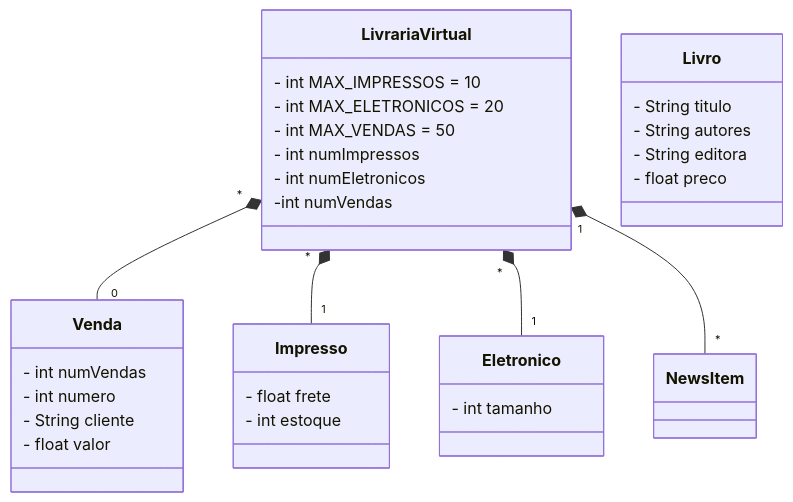
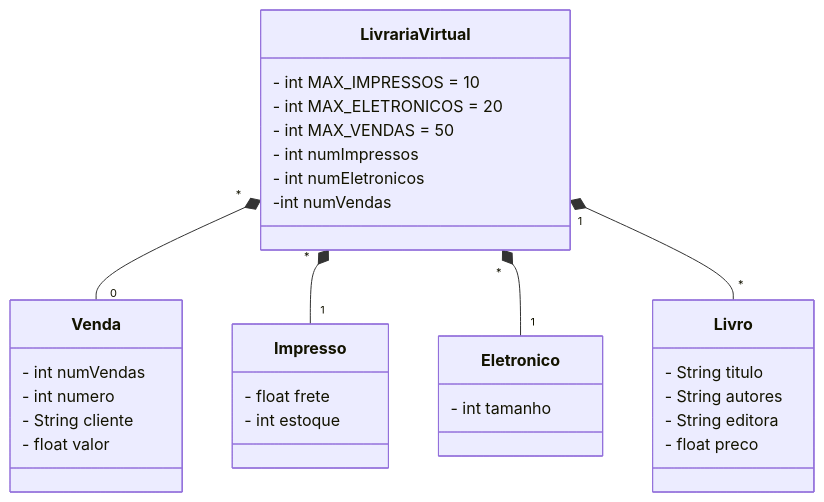
Before and after one commit to DevTrail-Squad-4/Desafiodalivraria: the diagram in README.md, drawn with Mermaid.

````diff
--- a/README.md
+++ b/README.md
@@ -3,39 +3,39 @@
 ```mermaid
 classDiagram
   class LivrariaVirtual {
     - int MAX_IMPRESSOS = 10
     - int MAX_ELETRONICOS = 20
     - int MAX_VENDAS = 50
     - int numImpressos
     - int numEletronicos
 	-int numVendas
   }
 
   class Venda {
     - int numVendas
     - int numero
     - String cliente
     - float valor
   }
 
   class Impresso {
     - float frete
     - int estoque
   }
 
   class Eletronico {
     - int tamanho
   }
 
   class Livro {
     - String titulo
     - String autores
     - String editora
     - float preco
   }
 
   LivrariaVirtual "*" *-- "0" Venda
   LivrariaVirtual "*" *-- "1" Impresso
   LivrariaVirtual "*" *-- "1" Eletronico
-  LivrariaVirtual "1" *-- "*" NewsItem
+  LivrariaVirtual "1" *-- "*" Livro
 ```
````
